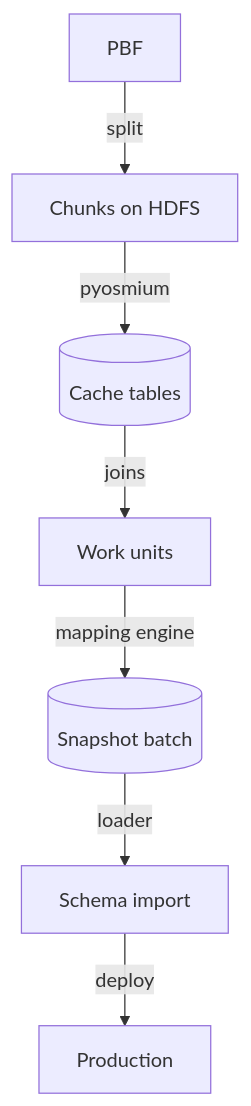
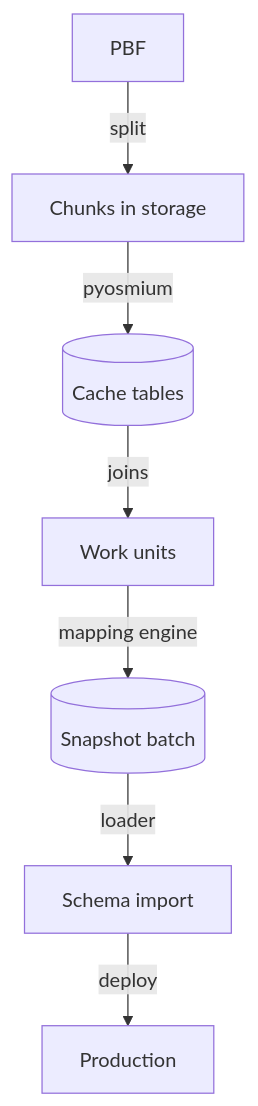
Before and after one commit to johngian/osm-spark-import: the second of 5 diagrams in docs/design.md, drawn with Mermaid. The commit also changed other lines of this file and 38 other files, not shown here.

````diff
--- a/docs/design.md
+++ b/docs/design.md
@@ -66,9 +66,9 @@
 ```mermaid
 flowchart TB
-    a[PBF] -->|split| b[Chunks on HDFS]
+    a[PBF] -->|split| b[Chunks in storage]
     b -->|pyosmium| c[(Cache tables)]
     c -->|joins| d[Work units]
     d -->|mapping engine| e[(Snapshot batch)]
     e -->|loader| f[Schema import]
     f -->|deploy| g[Production]
 ```
````
